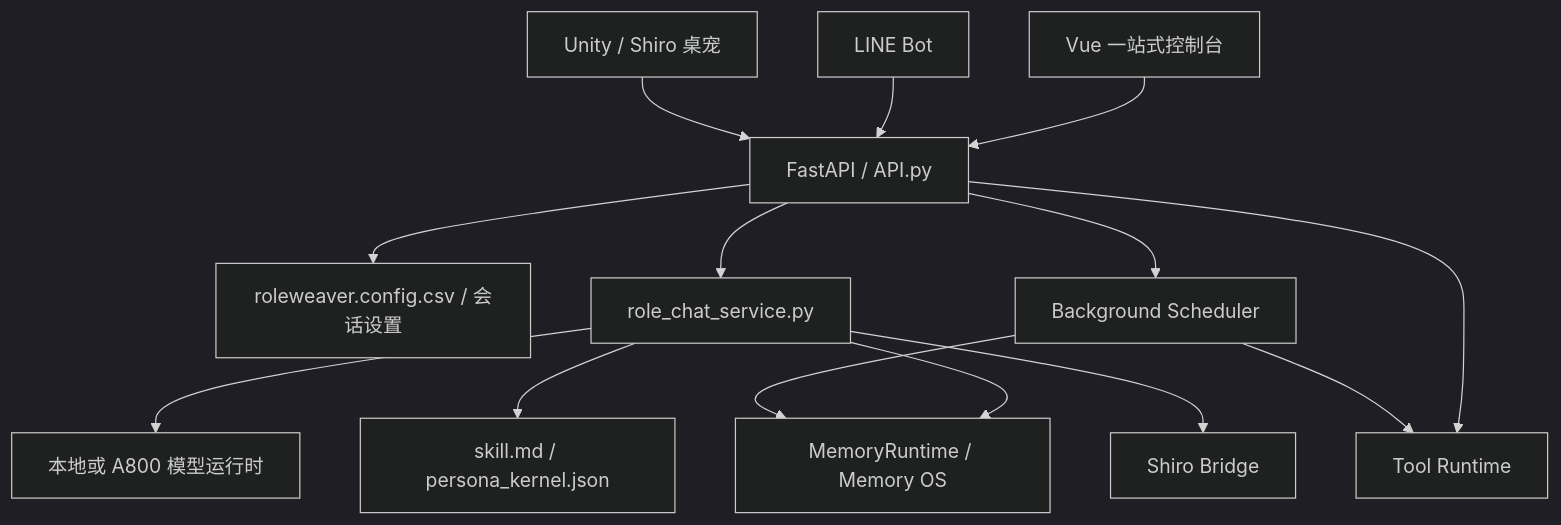
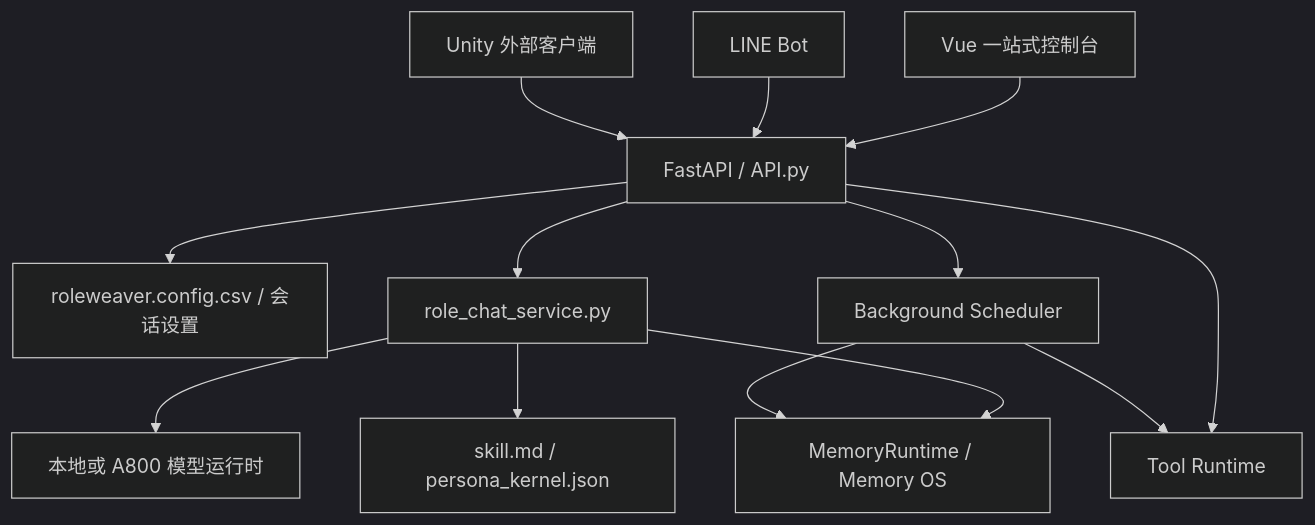
One commit to katoriaki/RoleWeaver changed the diagram in docs/SYSTEM_DESIGN_AND_DETAILED_PLAN.zh-CN.md. Above: the diagram before and after it, drawn with Mermaid (dark theme). The commit also changed other lines of this file and 66 other files, not shown here.

````diff
--- a/docs/SYSTEM_DESIGN_AND_DETAILED_PLAN.zh-CN.md
+++ b/docs/SYSTEM_DESIGN_AND_DETAILED_PLAN.zh-CN.md
@@ -18,16 +18,15 @@
 ```mermaid
 flowchart TD
     UI["Vue 一站式控制台"] --> API["FastAPI / API.py"]
     LINE["LINE Bot"] --> API
-    UNITY["Unity / Shiro 桌宠"] --> API
+    UNITY["Unity 外部客户端"] --> API
     API --> CFG["roleweaver.config.csv / 会话设置"]
     API --> CHAT["role_chat_service.py"]
     CHAT --> MODEL["本地或 A800 模型运行时"]
     CHAT --> MEM["MemoryRuntime / Memory OS"]
     CHAT --> SKILL["skill.md / persona_kernel.json"]
-    CHAT --> SHIRO["Shiro Bridge"]
     API --> TOOLS["Tool Runtime"]
     API --> BG["Background Scheduler"]
     BG --> MEM
     BG --> TOOLS
 ```
````
